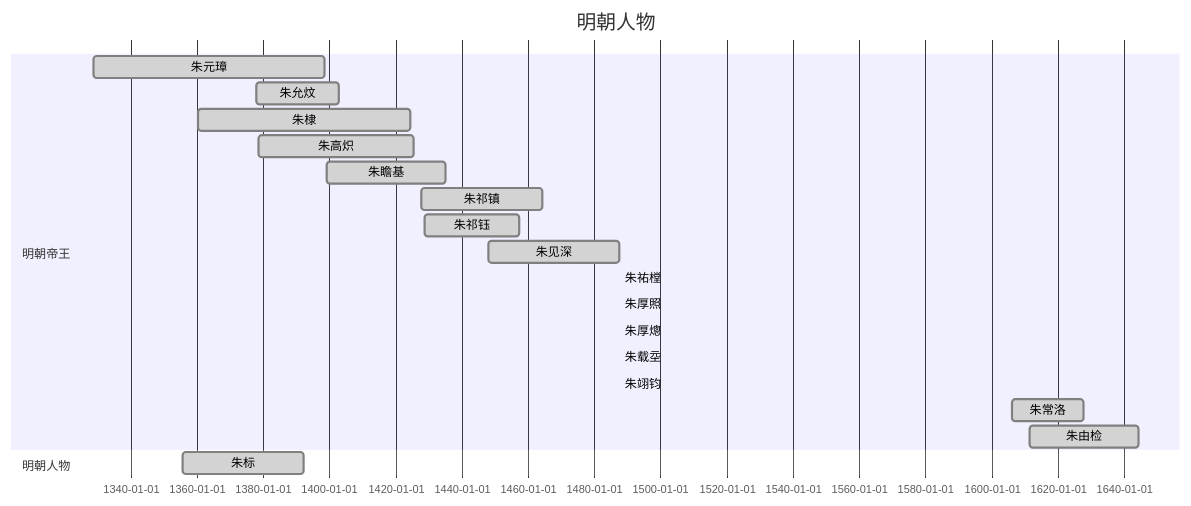
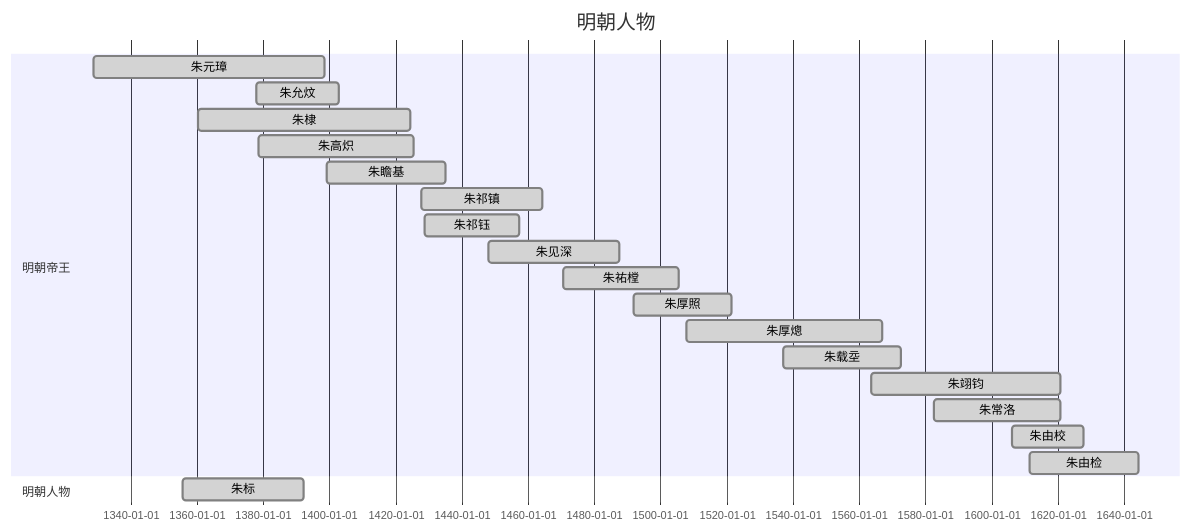
One commit to pemglee/HistoryNotes changed the second of 2 diagrams in NoteList.md. Above: the diagram before and after it, drawn with Mermaid.

Commit message:
update for Ming King's Gannt

````diff
--- a/NoteList.md
+++ b/NoteList.md
@@ -43,28 +43,29 @@
 ```mermaid
 gantt
 dateFormat YYYY-MM-DD
 title 明朝人物
 
 section 明朝帝王
 朱元璋: done, , 1328-10-21, 1398-06-24
 朱允炆: done, , 1377-12-05, 1402-12-31
 朱棣: done, , 1360-05-02, 1424-08-12
 朱高炽: done, 1378-08-16, 1425-05-29
 朱瞻基: done, 1399-03-16, 1435-01-31
 朱祁镇: done, 1427-11-29, 1464-02-23
 朱祁钰: done, 1428-09-11, 1457-03-14
 朱见深: done, 1447-12-09, 1487-09-09
-朱祐樘: done,
-朱厚照: done,
-朱厚熜: done,
-朱载坖: done,
-朱翊钧: done,
-朱常洛: done, 1605-12-23, 1627-09-30
+朱祐樘: done, 1470-07-30, 1505-06-08
+朱厚照: done, 1491-10-26, 1521-04-20
+朱厚熜: done, 1507-09-16, 1567-01-23
+朱载坖: done, 1537-03-04, 1572-07-05
+朱翊钧: done, 1563-09-04, 1620-08-18
+朱常洛: done, 1582-08-28, 1620-09-26
+朱由校: done, 1605-12-23, 1627-09-30
 朱由检: done, 1611-06-02, 1644-04-25
 
 section 明朝人物
 朱标: done, , 1355-10-10, 1392-05-17
 
 section 外藩
 
 ```
````
